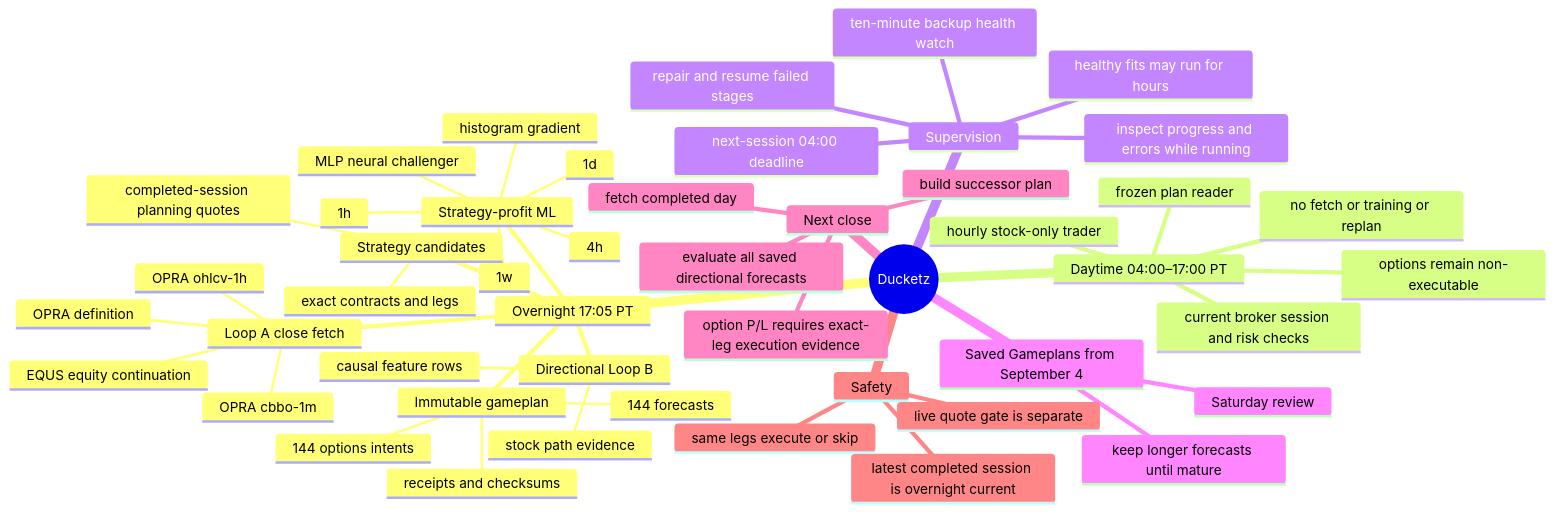
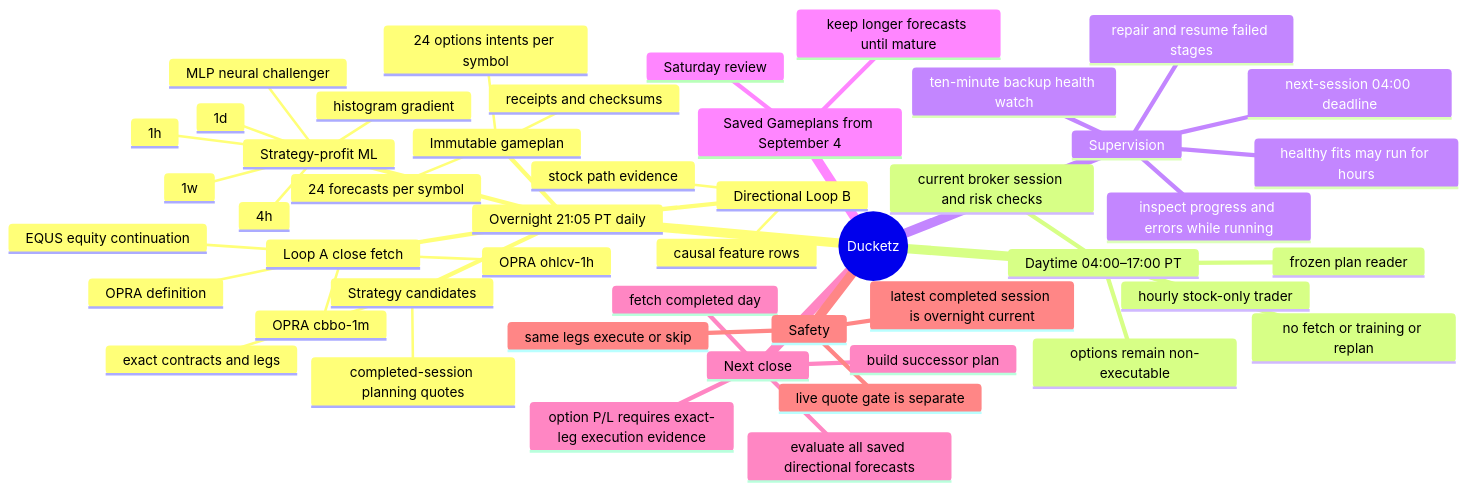
The diagram in docs/loops-system-analysis/LOOPS_SYSTEM_MIND_MAP.md (jeremysecondstate/ducketz), drawn with Mermaid before and after one commit. The commit also changed 551 other files, not shown here.

````diff
--- a/docs/loops-system-analysis/LOOPS_SYSTEM_MIND_MAP.md
+++ b/docs/loops-system-analysis/LOOPS_SYSTEM_MIND_MAP.md
@@ -3,51 +3,51 @@
 ```mermaid
 mindmap
   root((Ducketz))
-    Overnight 17:05 PT
+    Overnight 21:05 PT daily
       Loop A close fetch
         EQUS equity continuation
         OPRA definition
         OPRA cbbo-1m
         OPRA ohlcv-1h
       Directional Loop B
         causal feature rows
         stock path evidence
       Strategy-profit ML
         1h
         4h
         1d
         1w
         histogram gradient
         MLP neural challenger
       Strategy candidates
         exact contracts and legs
         completed-session planning quotes
       Immutable gameplan
-        144 forecasts
-        144 options intents
+        24 forecasts per symbol
+        24 options intents per symbol
         receipts and checksums
     Daytime 04:00–17:00 PT
       frozen plan reader
       hourly stock-only trader
       current broker session and risk checks
       no fetch or training or replan
       options remain non-executable
     Supervision
       inspect progress and errors while running
       repair and resume failed stages
       ten-minute backup health watch
       healthy fits may run for hours
       next-session 04:00 deadline
     Saved Gameplans from September 4
       keep longer forecasts until mature
       Saturday review
     Next close
       fetch completed day
       evaluate all saved directional forecasts
       option P/L requires exact-leg execution evidence
       build successor plan
     Safety
       latest completed session is overnight current
       live quote gate is separate
       same legs execute or skip
 ```
````
